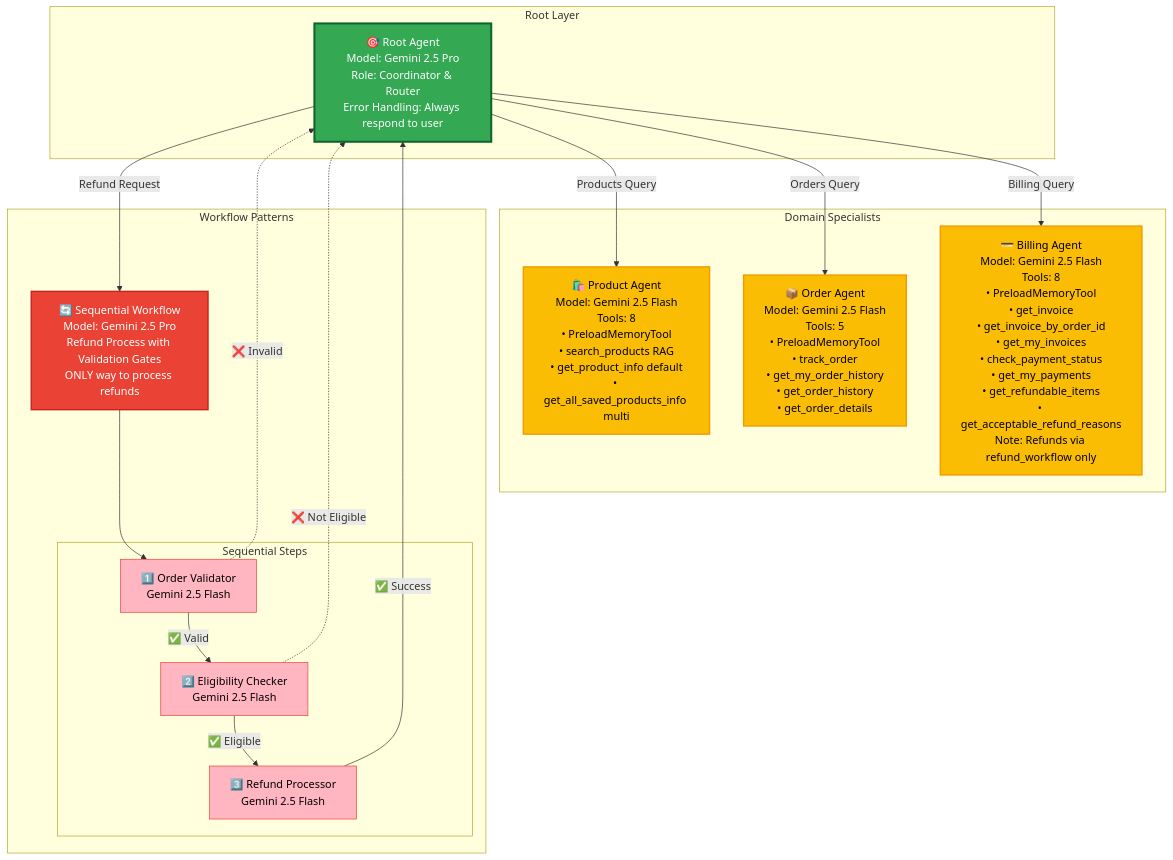
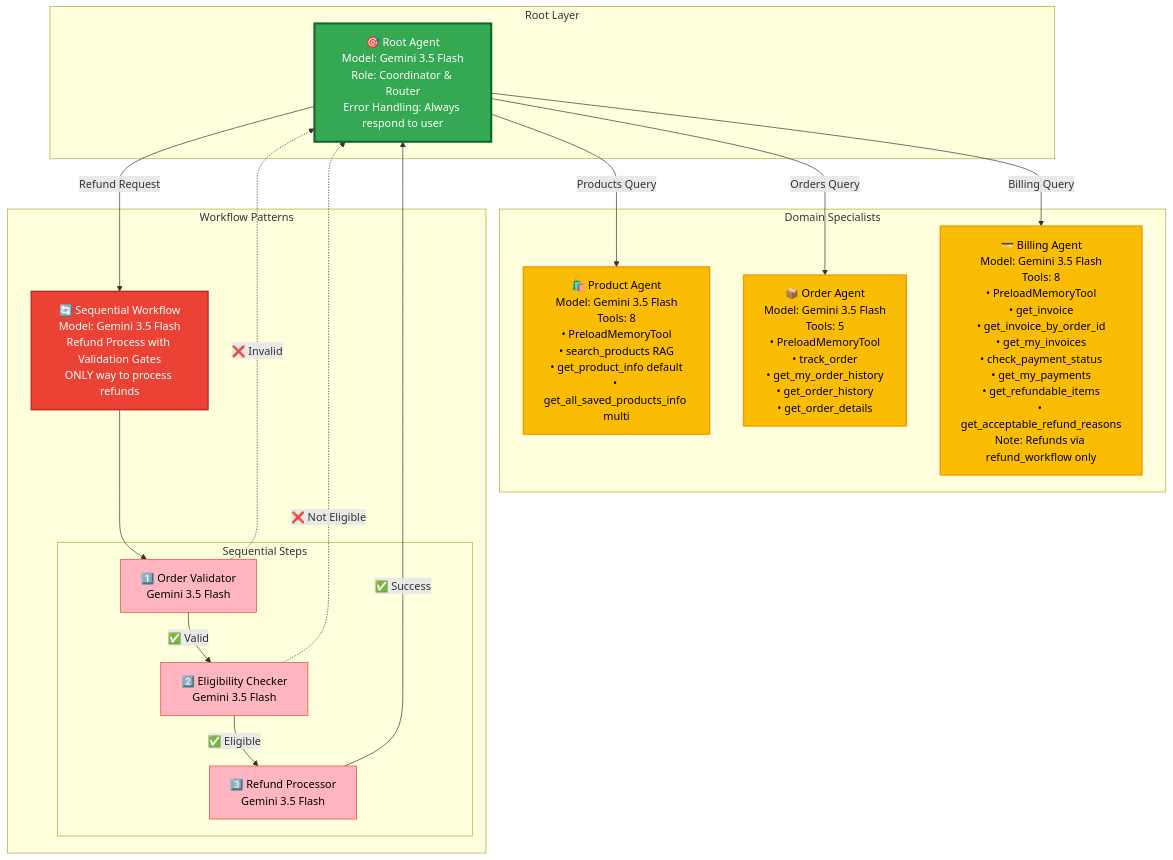
Before and after one commit to Saoussen-CH/adk-multiagent-production-template: the diagram in docs/diagrams/agent-hierarchy.mmd, drawn with Mermaid. The commit also changed 10 other files, not shown here.

First line of the commit message:
docs: update stale Gemini 2.5 Pro/Flash references to 3.5 Flash

```diff
--- a/docs/diagrams/agent-hierarchy.mmd
+++ b/docs/diagrams/agent-hierarchy.mmd
@@ -1,47 +1,47 @@
 %% Multi-Agent Hierarchy - Agent Structure
 %% Google Cloud Platform Style
 
 graph TD
     subgraph "Root Layer"
-        Root[🎯 Root Agent<br/>Model: Gemini 2.5 Pro<br/>Role: Coordinator & Router<br/>Error Handling: Always respond to user]
+        Root[🎯 Root Agent<br/>Model: Gemini 3.5 Flash<br/>Role: Coordinator & Router<br/>Error Handling: Always respond to user]
     end
 
     subgraph "Domain Specialists"
-        Product[🛍️ Product Agent<br/>Model: Gemini 2.5 Flash<br/>Tools: 8<br/>• PreloadMemoryTool<br/>• search_products RAG<br/>• get_product_info default<br/>• get_all_saved_products_info multi]
+        Product[🛍️ Product Agent<br/>Model: Gemini 3.5 Flash<br/>Tools: 8<br/>• PreloadMemoryTool<br/>• search_products RAG<br/>• get_product_info default<br/>• get_all_saved_products_info multi]
 
-        Order[📦 Order Agent<br/>Model: Gemini 2.5 Flash<br/>Tools: 5<br/>• PreloadMemoryTool<br/>• track_order<br/>• get_my_order_history<br/>• get_order_history<br/>• get_order_details]
+        Order[📦 Order Agent<br/>Model: Gemini 3.5 Flash<br/>Tools: 5<br/>• PreloadMemoryTool<br/>• track_order<br/>• get_my_order_history<br/>• get_order_history<br/>• get_order_details]
 
-        Billing[💳 Billing Agent<br/>Model: Gemini 2.5 Flash<br/>Tools: 8<br/>• PreloadMemoryTool<br/>• get_invoice<br/>• get_invoice_by_order_id<br/>• get_my_invoices<br/>• check_payment_status<br/>• get_my_payments<br/>• get_refundable_items<br/>• get_acceptable_refund_reasons<br/>Note: Refunds via refund_workflow only]
+        Billing[💳 Billing Agent<br/>Model: Gemini 3.5 Flash<br/>Tools: 8<br/>• PreloadMemoryTool<br/>• get_invoice<br/>• get_invoice_by_order_id<br/>• get_my_invoices<br/>• check_payment_status<br/>• get_my_payments<br/>• get_refundable_items<br/>• get_acceptable_refund_reasons<br/>Note: Refunds via refund_workflow only]
     end
 
     subgraph "Workflow Patterns"
-        Sequential[🔄 Sequential Workflow<br/>Model: Gemini 2.5 Pro<br/>Refund Process with Validation Gates<br/>ONLY way to process refunds]
+        Sequential[🔄 Sequential Workflow<br/>Model: Gemini 3.5 Flash<br/>Refund Process with Validation Gates<br/>ONLY way to process refunds]
 
         subgraph "Sequential Steps"
-            S1[1️⃣ Order Validator<br/>Gemini 2.5 Flash]
-            S2[2️⃣ Eligibility Checker<br/>Gemini 2.5 Flash]
-            S3[3️⃣ Refund Processor<br/>Gemini 2.5 Flash]
+            S1[1️⃣ Order Validator<br/>Gemini 3.5 Flash]
+            S2[2️⃣ Eligibility Checker<br/>Gemini 3.5 Flash]
+            S3[3️⃣ Refund Processor<br/>Gemini 3.5 Flash]
         end
     end
 
     Root -->|Products Query| Product
     Root -->|Orders Query| Order
     Root -->|Billing Query| Billing
     Root -->|Refund Request| Sequential
 
     Sequential --> S1
     S1 -->|✅ Valid| S2
     S2 -->|✅ Eligible| S3
     S3 -->|✅ Success| Root
 
     S1 -.->|❌ Invalid| Root
     S2 -.->|❌ Not Eligible| Root
 
     style Root fill:#34A853,stroke:#0D652D,color:#fff,stroke-width:3px
     style Product fill:#FBBC04,stroke:#F29900,color:#000,stroke-width:2px
     style Order fill:#FBBC04,stroke:#F29900,color:#000,stroke-width:2px
     style Billing fill:#FBBC04,stroke:#F29900,color:#000,stroke-width:2px
     style Sequential fill:#EA4335,stroke:#C5221F,color:#fff,stroke-width:2px
     style S1 fill:#FFB6C1,stroke:#EA4335,color:#000
     style S2 fill:#FFB6C1,stroke:#EA4335,color:#000
     style S3 fill:#FFB6C1,stroke:#EA4335,color:#000
```
